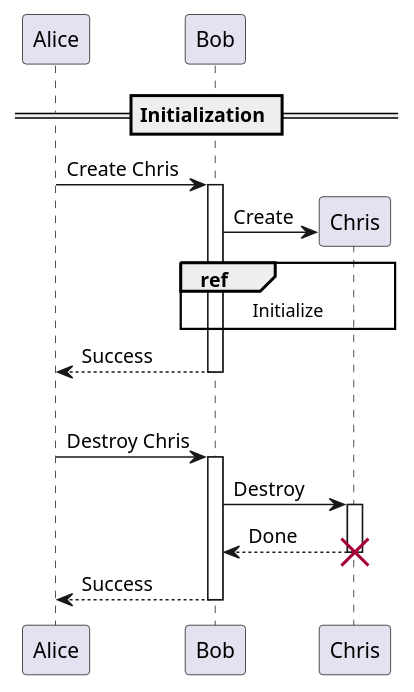
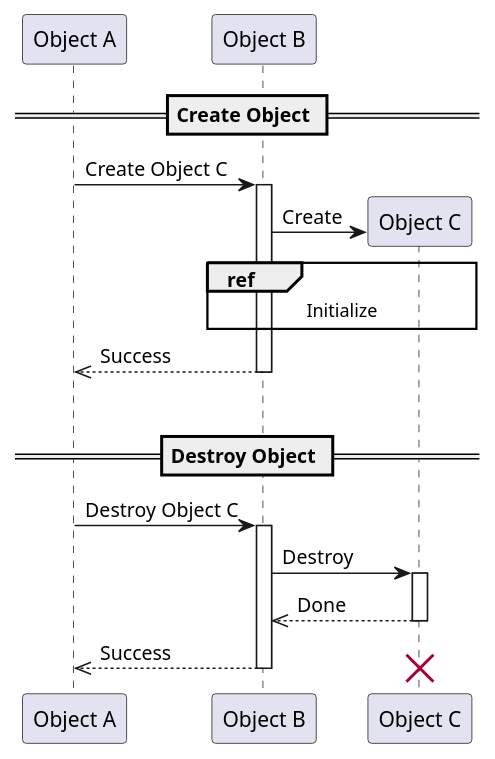
Before and after one commit to spiegel-im-spiegel/plantuml-sample: the diagram in sequence-diagram-04.puml, drawn with PlantUML. The commit also changed 4 other files, not shown here.

Commit message:
Debug sequence diagrams

```diff
--- a/sequence-diagram-04.puml
+++ b/sequence-diagram-04.puml
@@ -1,24 +1,37 @@
 @startuml
 
-== Initialization ==
+participant "Object A" as A
+participant "Object B" as B
+participant "Object C" as C
 
-Alice -> Bob: Create Chris
-activate Bob
-create Chris
-Bob->Chris: Create
-ref over Bob, Chris : Initialize
-Alice <-- Bob: Success
-deactivate Bob
+
+== Create Object ==
+
+A -> B : Create Object C
+activate B
+
+create C
+B->C : Create
+
+ref over B, C : Initialize
+
+A <<-- B : Success
+deactivate B
 
 |||
+== Destroy Object ==
 
-Alice -> Bob: Destroy Chris
-activate Bob
-Bob->Chris: Destroy
-activate Chris
-Bob<--Chris: Done
-destroy Chris
-Alice <-- Bob: Success
-deactivate Bob
+A -> B : Destroy Object C
+activate B
+
+B->C : Destroy
+activate C
+
+B<<--C : Done
+deactivate C
+
+A <<-- B : Success
+deactivate B
+destroy C
 
 @enduml
```
